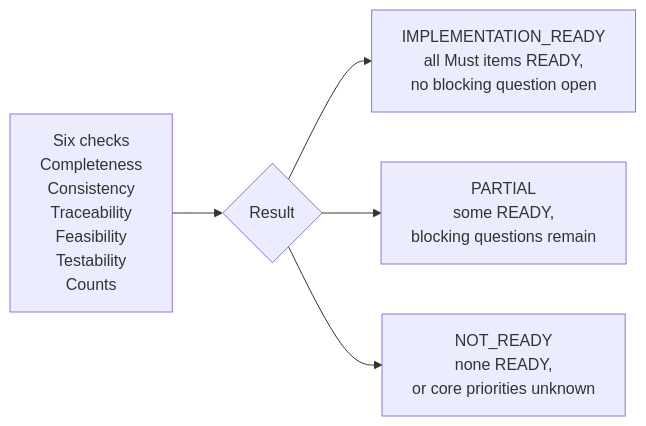
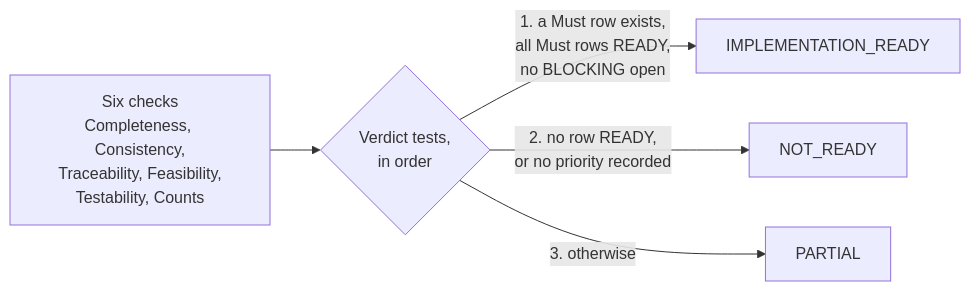
Before and after one commit to Anilkumark17/MCP-Skill-integration: the eighth of 12 diagrams in README.md, drawn with Mermaid. The commit also changed other lines of this file and 15 other files, not shown here.

````diff
--- a/README.md
+++ b/README.md
@@ -106,7 +177,7 @@
 ```mermaid
 flowchart LR
-    V[Six checks<br/>Completeness<br/>Consistency<br/>Traceability<br/>Feasibility<br/>Testability<br/>Counts] --> K{Result}
-    K --> A[IMPLEMENTATION_READY<br/>all Must items READY,<br/>no blocking question open]
-    K --> B[PARTIAL<br/>some READY,<br/>blocking questions remain]
-    K --> C[NOT_READY<br/>none READY,<br/>or core priorities unknown]
+    V["Six checks<br/>Completeness, Consistency,<br/>Traceability, Feasibility,<br/>Testability, Counts"] --> D{"Verdict tests,<br/>in order"}
+    D -->|"1. a Must row exists,<br/>all Must rows READY,<br/>no BLOCKING open"| A[IMPLEMENTATION_READY]
+    D -->|"2. no row READY,<br/>or no priority recorded"| C[NOT_READY]
+    D -->|"3. otherwise"| B[PARTIAL]
 ```
````
